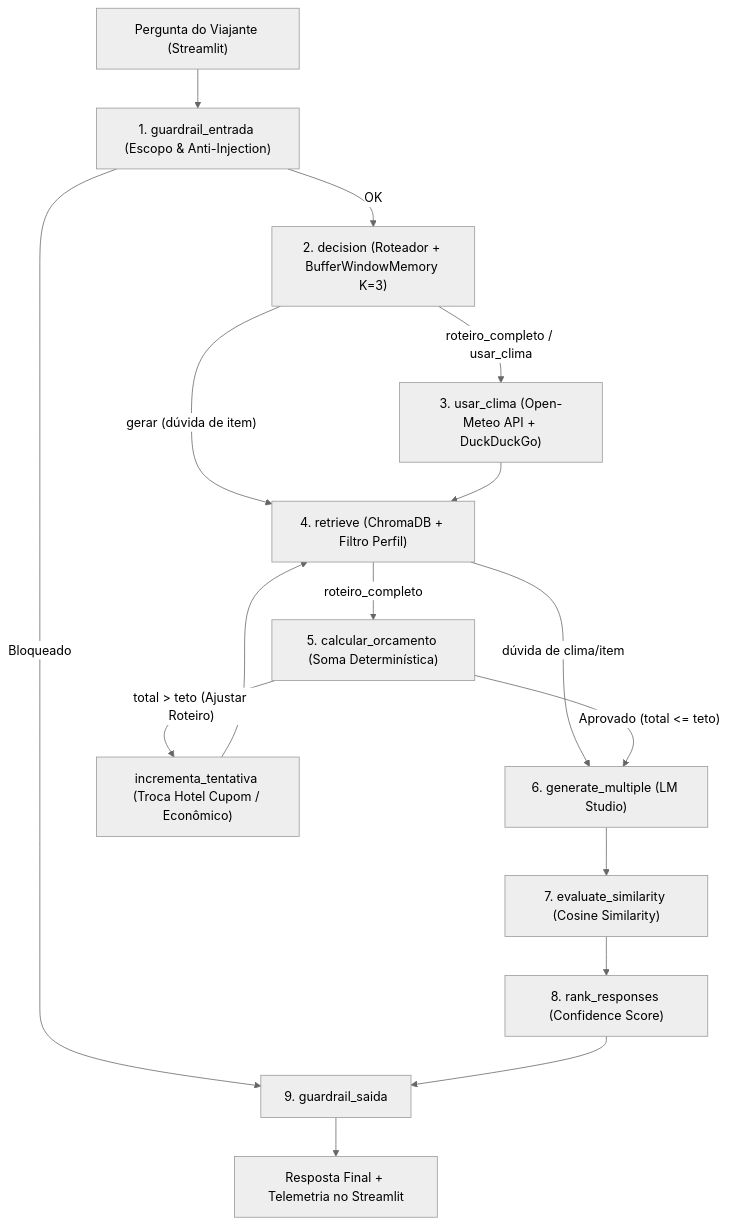
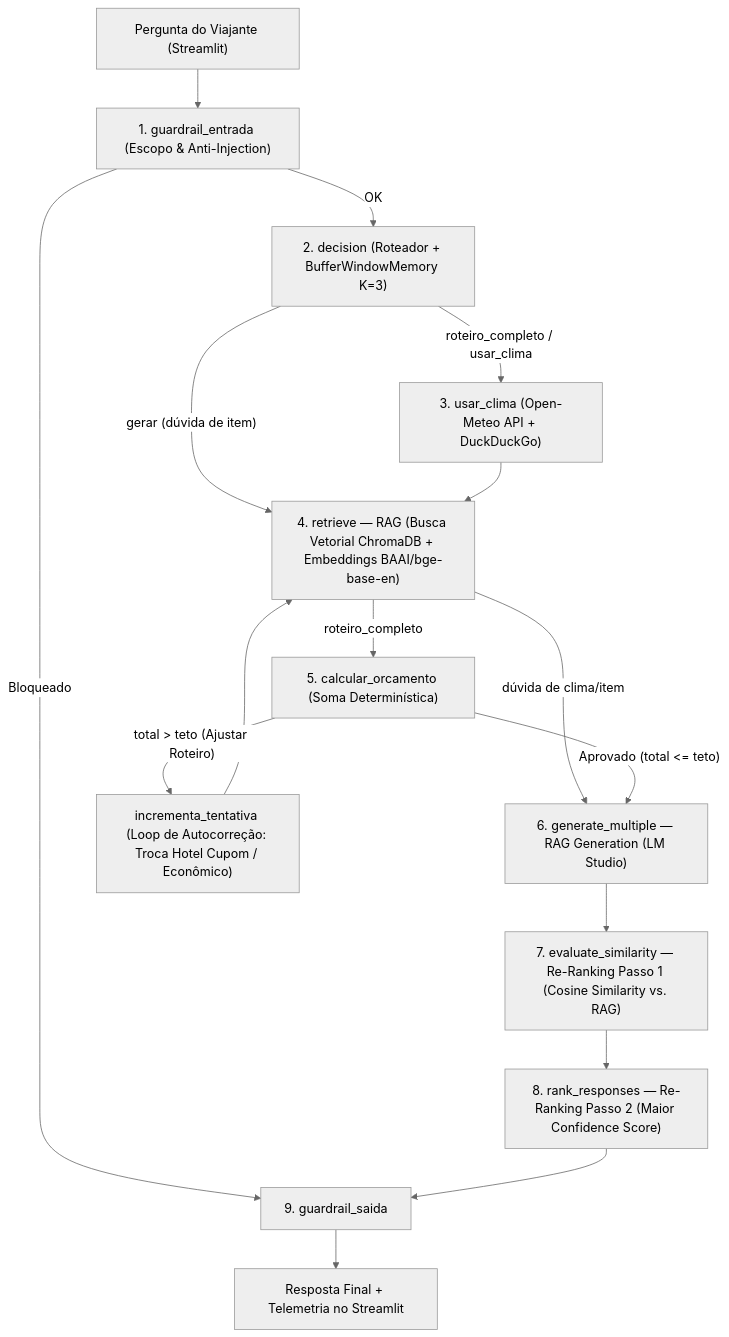
The diagram in README.md (BrendaPrestes/Santiago-Agentic-Travel-Planner), drawn with Mermaid (neutral theme) before and after one commit. The commit also changed other lines of this file, not shown here.

Commit message:
docs: destaca etapas de RAG e Re-Ranking no diagrama do grafo

````diff
--- a/README.md
+++ b/README.md
@@ -21,18 +21,18 @@
 ```mermaid
 flowchart TD
     A["Pergunta do Viajante (Streamlit)"] --> B["1. guardrail_entrada (Escopo & Anti-Injection)"]
     B -- "Bloqueado" --> I["9. guardrail_saida"]
     B -- "OK" --> C["2. decision (Roteador + BufferWindowMemory K=3)"]
     C -- "roteiro_completo / usar_clima" --> D["3. usar_clima (Open-Meteo API + DuckDuckGo)"]
-    C -- "gerar (dúvida de item)" --> E["4. retrieve (ChromaDB + Filtro Perfil)"]
+    C -- "gerar (dúvida de item)" --> E["4. retrieve — RAG (Busca Vetorial ChromaDB + Embeddings BAAI/bge-base-en)"]
     D --> E
     E -- "roteiro_completo" --> F["5. calcular_orcamento (Soma Determinística)"]
-    E -- "dúvida de clima/item" --> G["6. generate_multiple (LM Studio)"]
-    F -- "total > teto (Ajustar Roteiro)" --> F2["incrementa_tentativa (Troca Hotel Cupom / Econômico)"]
+    E -- "dúvida de clima/item" --> G["6. generate_multiple — RAG Generation (LM Studio)"]
+    F -- "total > teto (Ajustar Roteiro)" --> F2["incrementa_tentativa (Loop de Autocorreção: Troca Hotel Cupom / Econômico)"]
     F2 --> E
     F -- "Aprovado (total <= teto)" --> G
-    G --> H["7. evaluate_similarity (Cosine Similarity)"]
-    H --> H2["8. rank_responses (Confidence Score)"]
+    G --> H["7. evaluate_similarity — Re-Ranking Passo 1 (Cosine Similarity vs. RAG)"]
+    H --> H2["8. rank_responses — Re-Ranking Passo 2 (Maior Confidence Score)"]
     H2 --> I
     I --> J["Resposta Final + Telemetria no Streamlit"]
 ```
````
